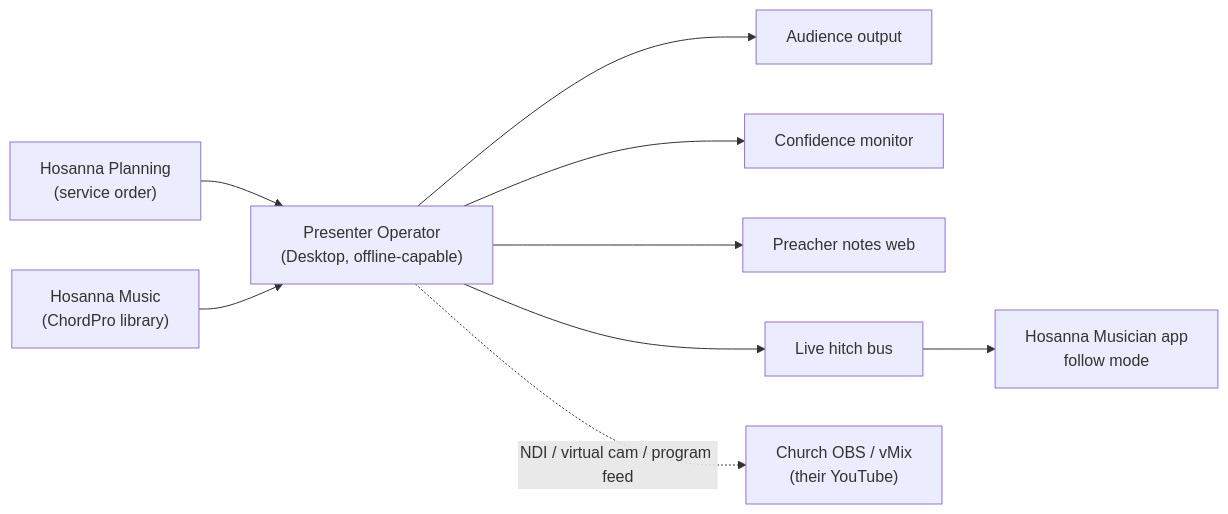
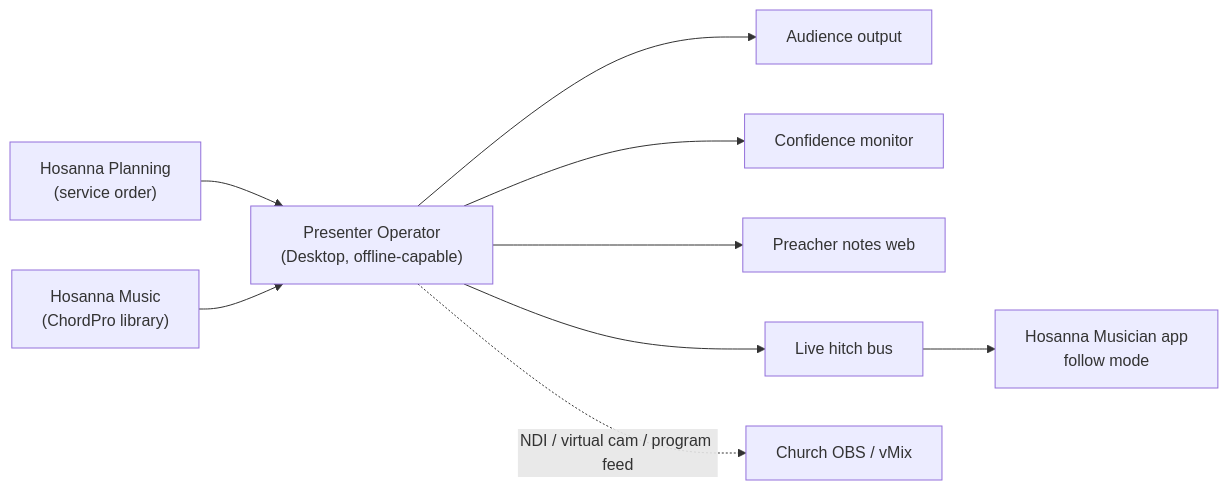
One commit to Apoll011/hosanna-suite changed the second of 6 diagrams in docs/FUTURE_DIRECTION.md. Above: the diagram before and after it, drawn with Mermaid. The commit also changed other lines of this file, not shown here.

Commit message:
feat: enhance Hosanna Presenter description and clarify architecture details for hybrid operation

````diff
--- a/docs/FUTURE_DIRECTION.md
+++ b/docs/FUTURE_DIRECTION.md
@@ -81,12 +81,12 @@
 ```mermaid
 flowchart LR
   Planning["Hosanna Planning\n(service order)"] --> Operator
   Music["Hosanna Music\n(ChordPro library)"] --> Operator
   Operator["Presenter Operator\n(Desktop, offline-capable)"]
   Operator --> Audience["Audience output"]
   Operator --> Confidence["Confidence monitor"]
   Operator --> Preacher["Preacher notes web"]
   Operator --> Hitch["Live hitch bus"]
   Hitch --> Musician["Hosanna Musician app\nfollow mode"]
-  Operator -.->|"NDI / virtual cam / program feed"| OBS["Church OBS / vMix\n(their YouTube)"]
+  Operator -.->|"NDI / virtual cam / program feed"| OBS["Church OBS / vMix"]
 ```
````
